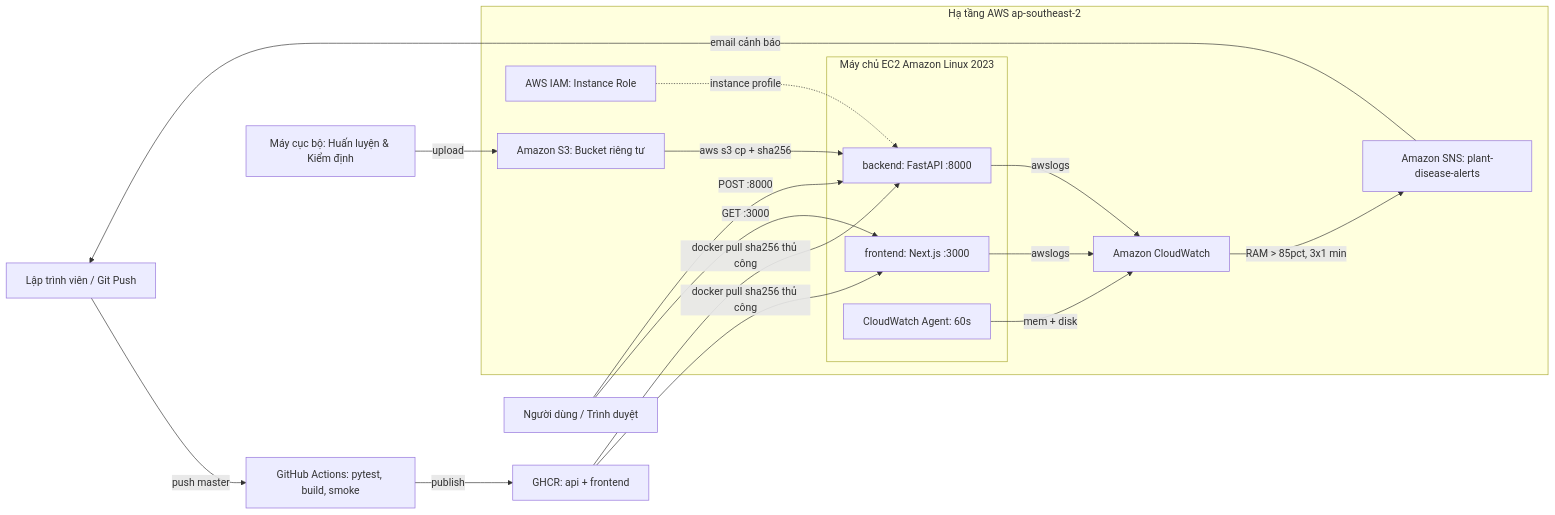
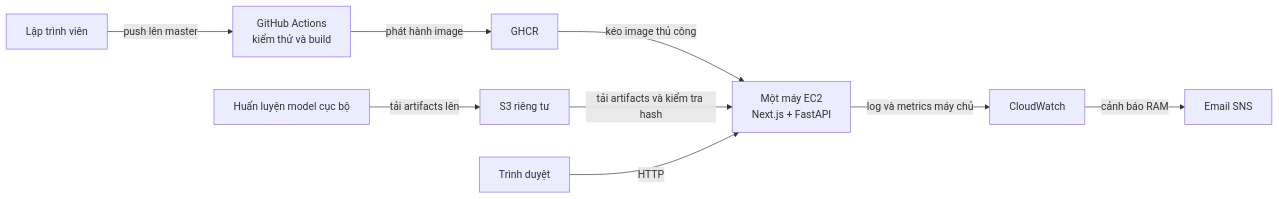
The diagram in content/5-Workshop/_index.vi.md (starkkk1/starkkk1.github.io), drawn with Mermaid before and after one commit. The commit also changed other lines of this file and 11 other files, not shown here.

````diff
--- a/content/5-Workshop/_index.vi.md
+++ b/content/5-Workshop/_index.vi.md
@@ -45,27 +47,11 @@
 ```mermaid
 graph LR
-    Dev["Lập trình viên / Git Push"] -->|push master| GHA["GitHub Actions: pytest, build, smoke"]
-    GHA -->|publish| GHCR["GHCR: api + frontend"]
-    Local["Máy cục bộ: Huấn luyện & Kiểm định"] -->|upload| S3
-
-    subgraph Hạ tầng AWS ap-southeast-2
-        subgraph Máy chủ EC2 Amazon Linux 2023
-            FE["frontend: Next.js :3000"]
-            BE["backend: FastAPI :8000"]
-            CW_Agent["CloudWatch Agent: 60s"]
-        end
-
-        S3["Amazon S3: Bucket riêng tư"] -->|aws s3 cp + sha256| BE
-        IAM["AWS IAM: Instance Role"] -.->|instance profile| BE
-        FE -->|awslogs| CW["Amazon CloudWatch"]
-        BE -->|awslogs| CW
-        CW_Agent -->|mem + disk| CW
-        CW -->|RAM > 85pct, 3x1 min| SNS["Amazon SNS: plant-disease-alerts"]
-    end
-
-    GHCR -->|docker pull sha256 thủ công| FE
-    GHCR -->|docker pull sha256 thủ công| BE
-    Client["Người dùng / Trình duyệt"] -->|GET :3000| FE
-    Client -->|POST :8000| BE
-    SNS -->|email cảnh báo| Dev
+    Dev["Lập trình viên"] -->|push lên master| CI["GitHub Actions<br/>kiểm thử và build"]
+    CI -->|phát hành image| GHCR["GHCR"]
+    Train["Huấn luyện model cục bộ"] -->|tải artifacts lên| S3["S3 riêng tư"]
+    GHCR -->|kéo image thủ công| EC2["Một máy EC2<br/>Next.js + FastAPI"]
+    S3 -->|tải artifacts và kiểm tra hash| EC2
+    User["Trình duyệt"] -->|HTTP| EC2
+    EC2 -->|log và metrics máy chủ| CW["CloudWatch"]
+    CW -->|cảnh báo RAM| SNS["Email SNS"]
 ```
````
